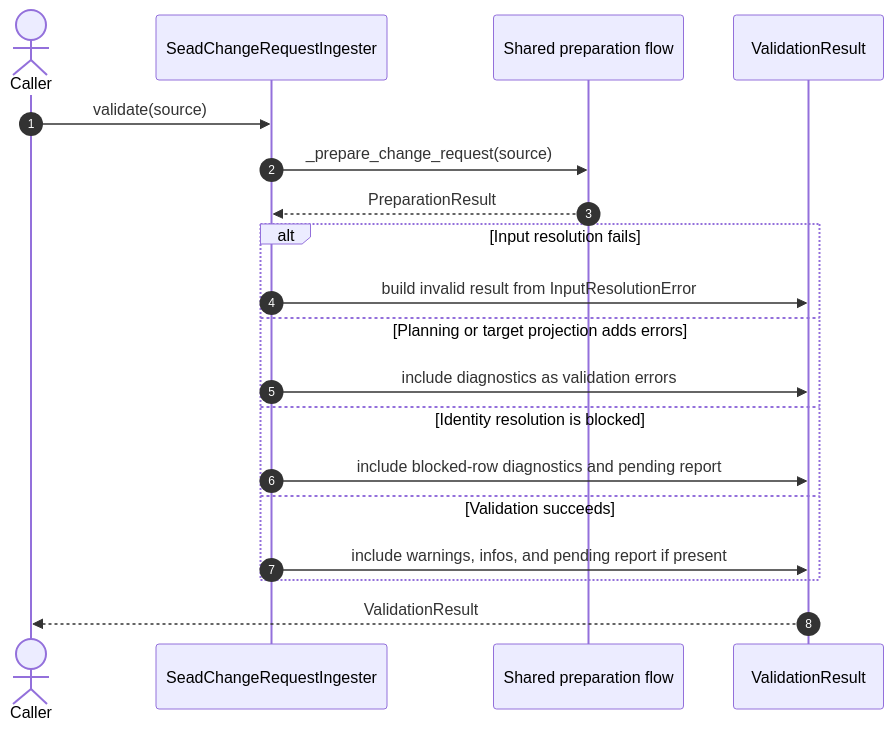
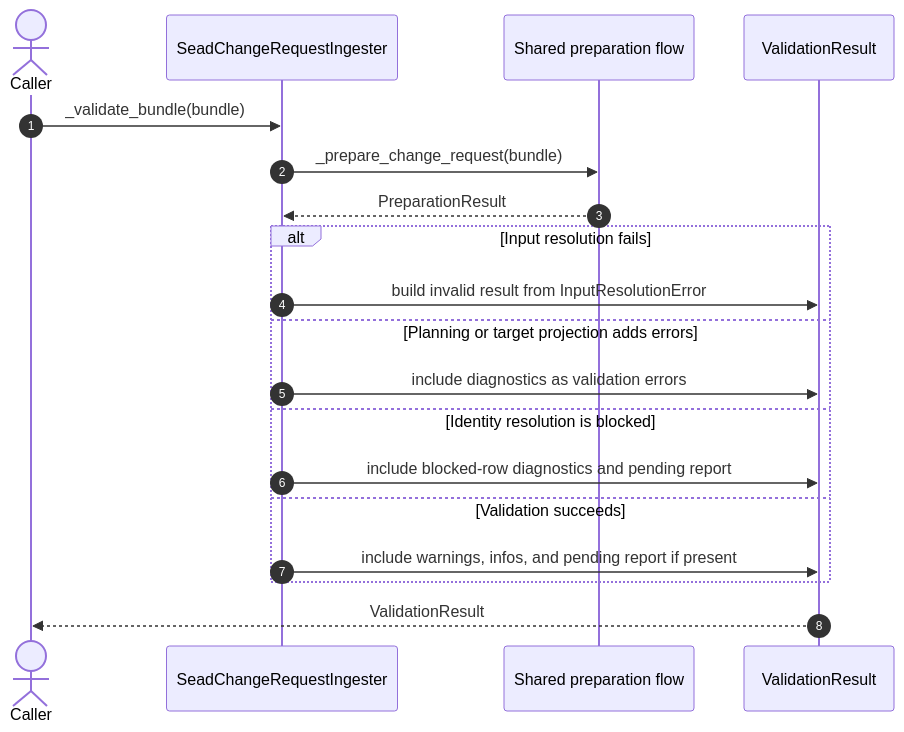
The third of 4 diagrams in ingesters/sead_change_request/DIAGRAMS.md (humlab-sead/sead_shape_shifter), drawn with Mermaid before and after one commit. The commit also changed other lines of this file and 23 other files, not shown here.

````diff
--- a/ingesters/sead_change_request/DIAGRAMS.md
+++ b/ingesters/sead_change_request/DIAGRAMS.md
@@ -53,24 +74,24 @@
 ```mermaid
 sequenceDiagram
     autonumber
     actor Caller
     participant Ingester as SeadChangeRequestIngester
     participant Prep as Shared preparation flow
     participant Result as ValidationResult
 
-    Caller->>Ingester: validate(source)
-    Ingester->>Prep: _prepare_change_request(source)
+    Caller->>Ingester: _validate_bundle(bundle)
+    Ingester->>Prep: _prepare_change_request(bundle)
     Prep-->>Ingester: PreparationResult
 
     alt Input resolution fails
         Ingester->>Result: build invalid result from InputResolutionError
     else Planning or target projection adds errors
         Ingester->>Result: include diagnostics as validation errors
     else Identity resolution is blocked
         Ingester->>Result: include blocked-row diagnostics and pending report
     else Validation succeeds
         Ingester->>Result: include warnings, infos, and pending report if present
     end
 
     Result-->>Caller: ValidationResult
 ```
````
